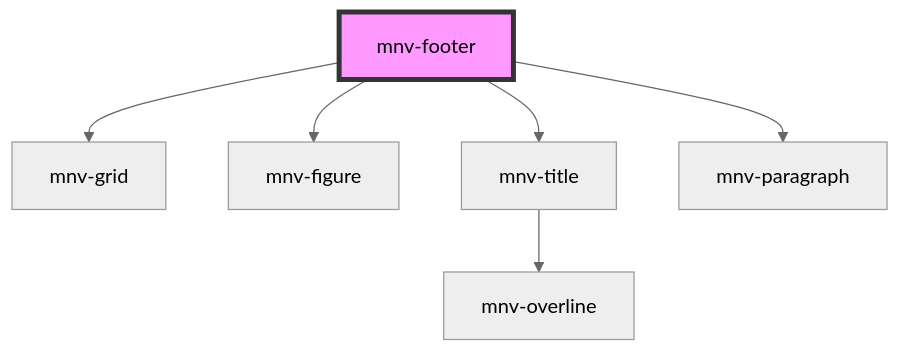
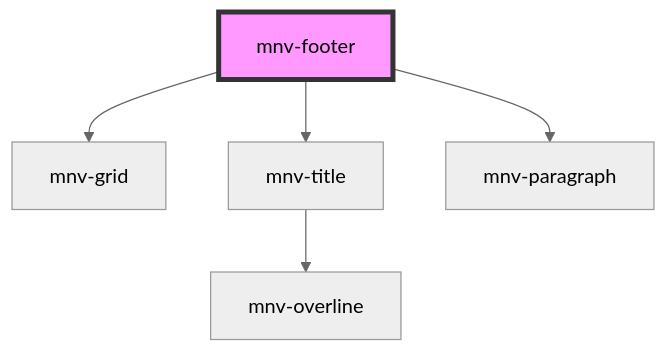
One commit to rafaela-vairo/ufrj-sustainable changed the diagram in src/components/sections/mnv-footer/readme.md. Above: the diagram before and after it, drawn with Mermaid (neutral theme). The commit also changed other lines of this file and 34 other files, not shown here.

````diff
--- a/src/components/sections/mnv-footer/readme.md
+++ b/src/components/sections/mnv-footer/readme.md
@@ -25,9 +24,8 @@
 ```mermaid
 graph TD;
   mnv-footer --> mnv-grid
-  mnv-footer --> mnv-figure
   mnv-footer --> mnv-title
   mnv-footer --> mnv-paragraph
   mnv-title --> mnv-overline
   style mnv-footer fill:#f9f,stroke:#333,stroke-width:4px
 ```
````
